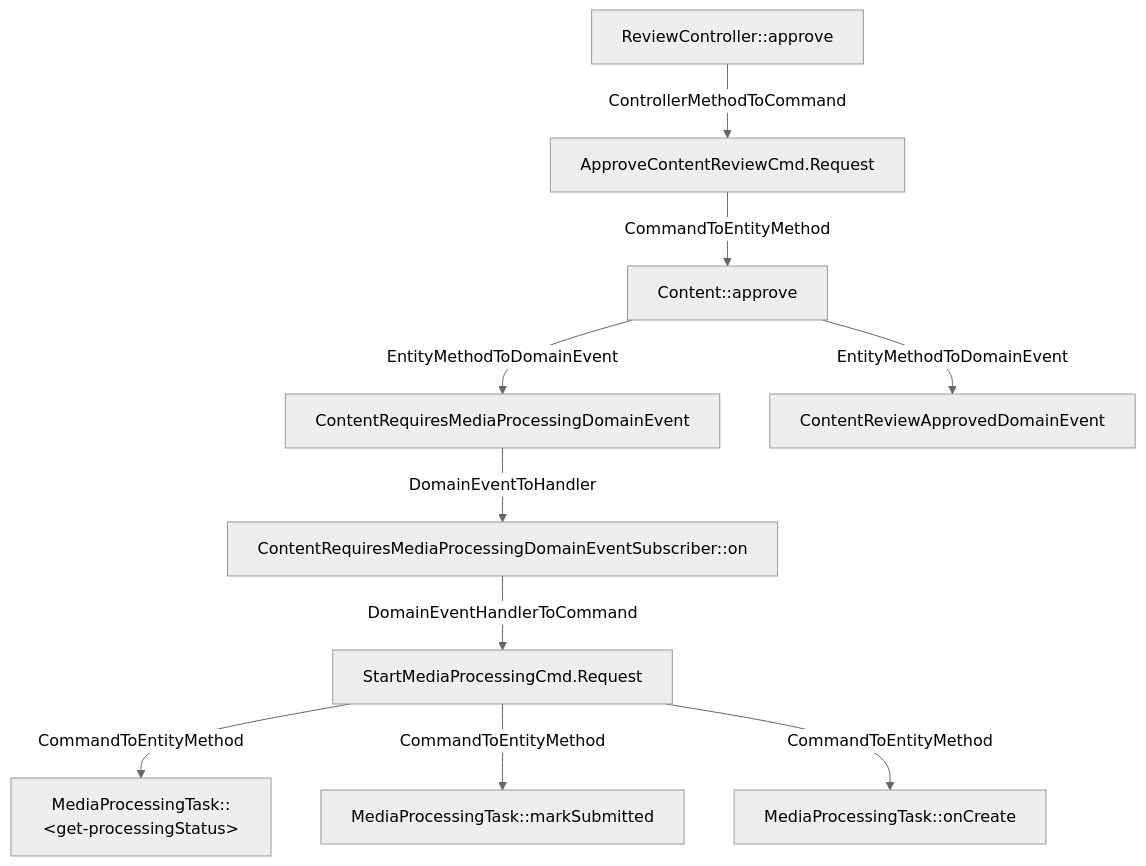
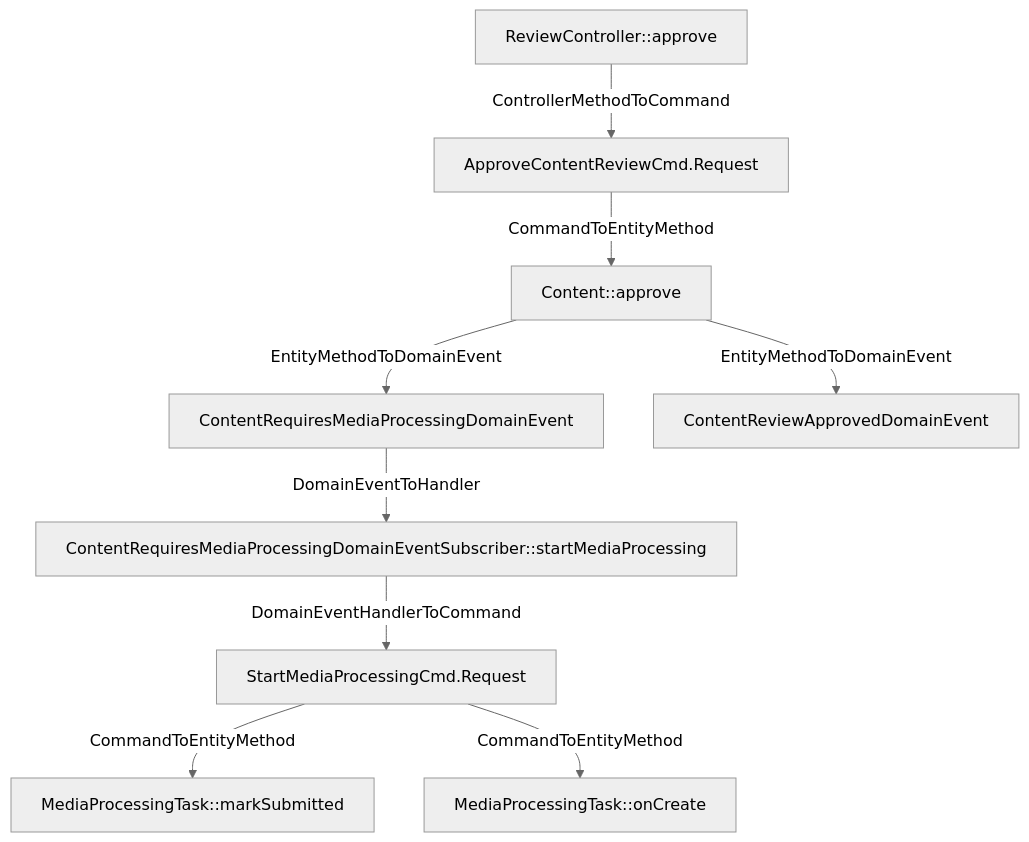
Before and after one commit to LDmoxeii/cap4k-reference-content-studio: the diagram in analysis/flows/com_only4_cap4k_reference_contentstudio_adapter_http_ReviewController_approve.mmd, drawn with Mermaid (neutral theme). The commit also changed 12 other files, not shown here.

```diff
--- a/analysis/flows/com_only4_cap4k_reference_contentstudio_adapter_http_ReviewController_approve.mmd
+++ b/analysis/flows/com_only4_cap4k_reference_contentstudio_adapter_http_ReviewController_approve.mmd
@@ -1,20 +1,18 @@
 flowchart TD
   N1[ReviewController::approve]
   N2[ApproveContentReviewCmd.Request]
   N3[StartMediaProcessingCmd.Request]
-  N4[ContentRequiresMediaProcessingDomainEventSubscriber::on]
+  N4[ContentRequiresMediaProcessingDomainEventSubscriber::startMediaProcessing]
   N5[Content::approve]
   N6[ContentRequiresMediaProcessingDomainEvent]
   N7[ContentReviewApprovedDomainEvent]
-  N8[MediaProcessingTask::&lt;get-processingStatus&gt;]
-  N9[MediaProcessingTask::markSubmitted]
-  N10[MediaProcessingTask::onCreate]
+  N8[MediaProcessingTask::markSubmitted]
+  N9[MediaProcessingTask::onCreate]
   N1 -->|ControllerMethodToCommand| N2
   N2 -->|CommandToEntityMethod| N5
   N3 -->|CommandToEntityMethod| N8
   N3 -->|CommandToEntityMethod| N9
-  N3 -->|CommandToEntityMethod| N10
   N4 -->|DomainEventHandlerToCommand| N3
   N5 -->|EntityMethodToDomainEvent| N6
   N5 -->|EntityMethodToDomainEvent| N7
   N6 -->|DomainEventToHandler| N4
```
